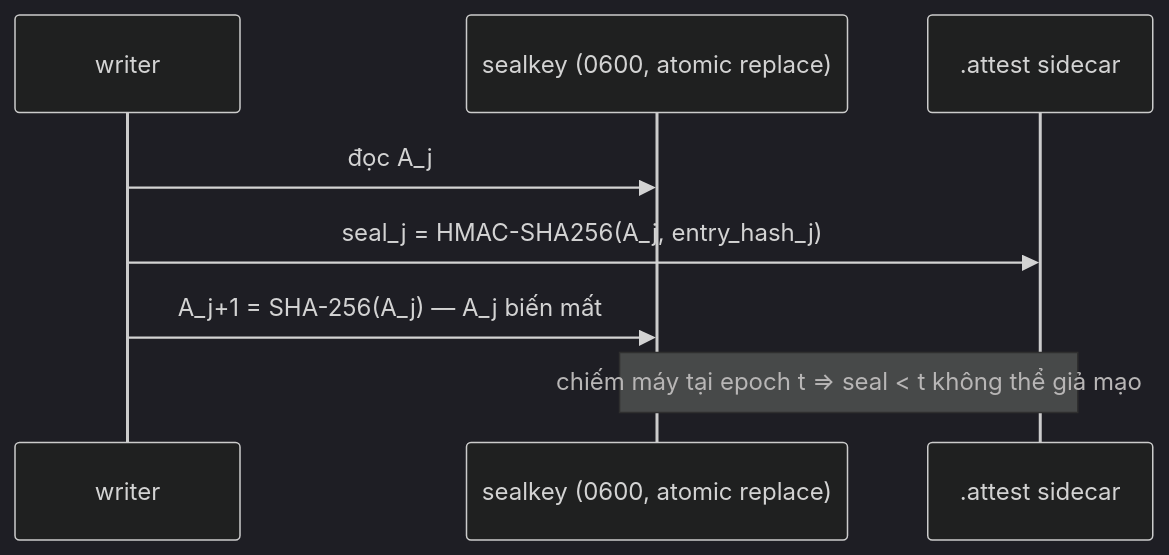
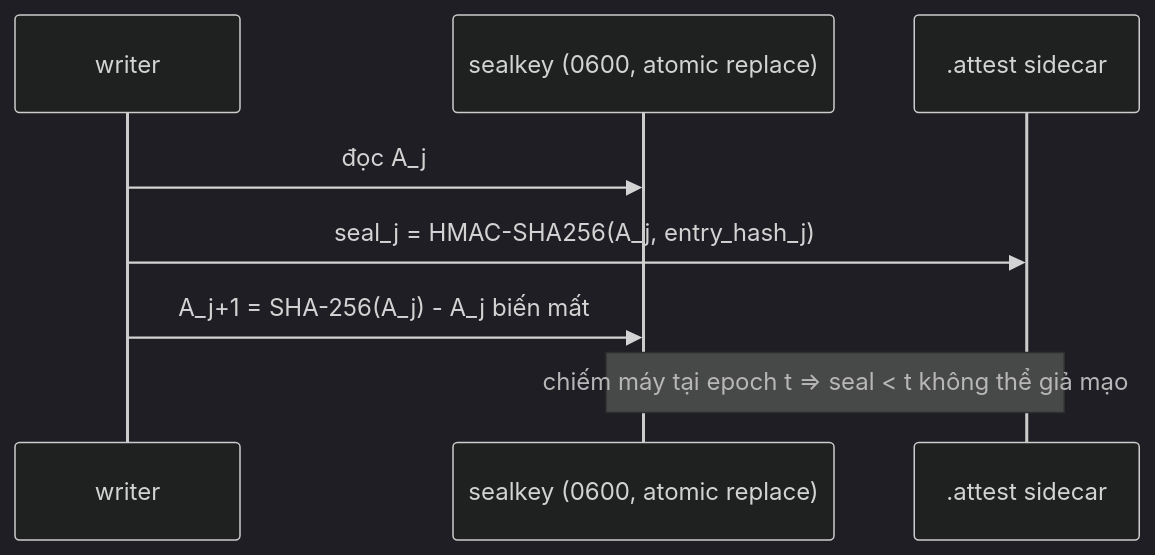
Before and after one commit to cuongbphv/waxseal: the fourth of 4 diagrams in README.vi.md, drawn with Mermaid (dark theme). The commit also changed other lines of this file and 8 other files, not shown here.

````diff
--- a/README.vi.md
+++ b/README.vi.md
@@ -497,10 +567,10 @@
 ```mermaid
 sequenceDiagram
     participant W as writer
     participant K as sealkey (0600, atomic replace)
     participant S as .attest sidecar
     W->>K: đọc A_j
     W->>S: seal_j = HMAC-SHA256(A_j, entry_hash_j)
-    W->>K: A_j+1 = SHA-256(A_j) — A_j biến mất
+    W->>K: A_j+1 = SHA-256(A_j) - A_j biến mất
     Note over K,S: chiếm máy tại epoch t ⇒ seal < t không thể giả mạo
 ```
````
